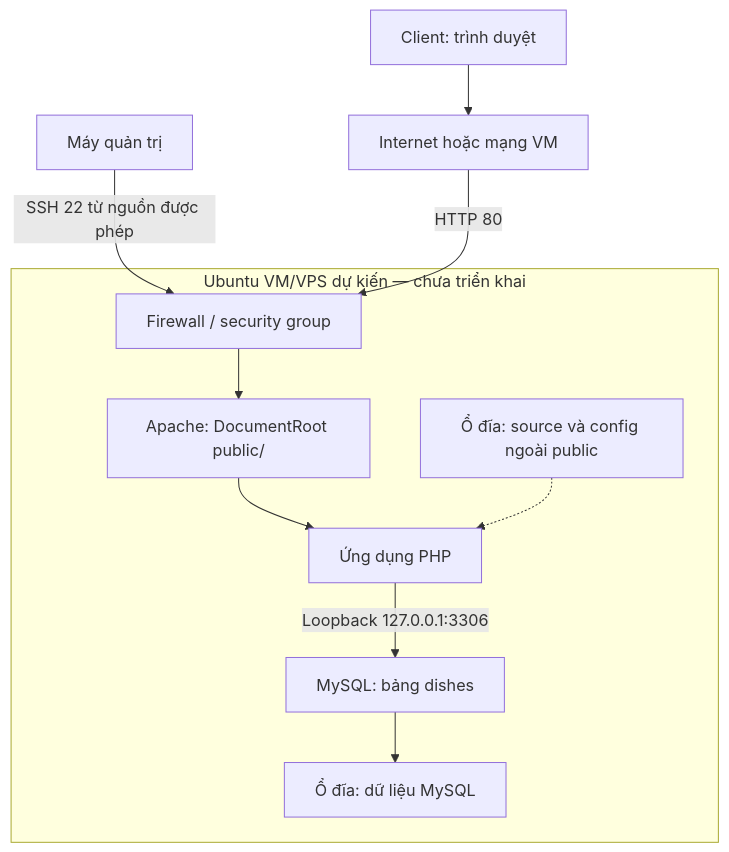
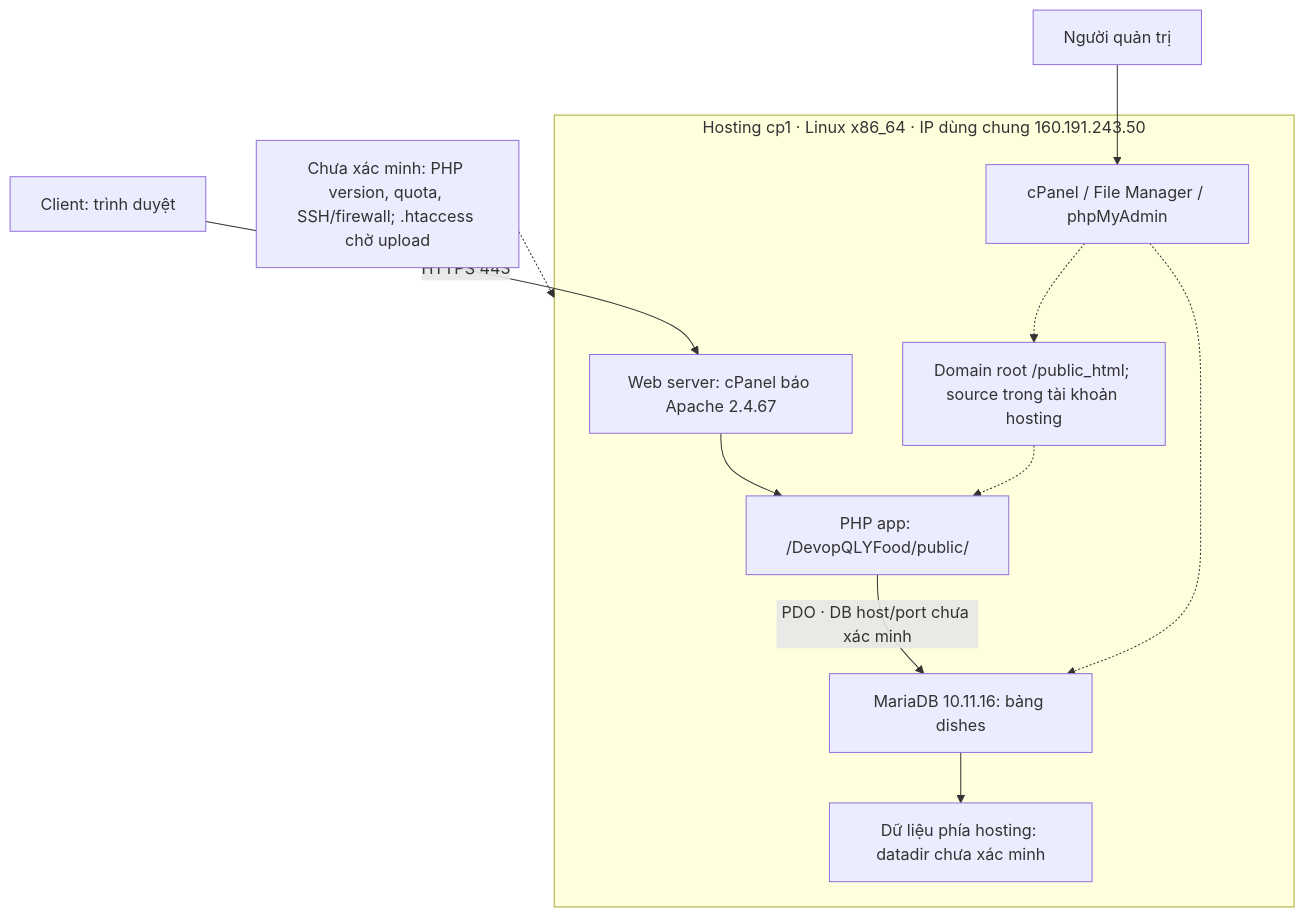
Before and after one commit to nathyu-le/DevopQLYFood: the diagram in docs/architecture.mmd, drawn with Mermaid. The commit also changed 13 other files, not shown here.

Commit message:
docs: align Week 1 architecture and progress with cPanel hosting [skip ci]

```diff
--- a/docs/architecture.mmd
+++ b/docs/architecture.mmd
@@ -1,11 +1,12 @@
 flowchart TB
-    client["Client: trình duyệt"] --> network["Internet hoặc mạng VM"]
-    admin["Máy quản trị"] -->|"SSH 22 từ nguồn được phép"| firewall
-    network -->|"HTTP 80"| firewall
-    subgraph server["Ubuntu VM/VPS dự kiến — chưa triển khai"]
-        firewall["Firewall / security group"] --> apache["Apache: DocumentRoot public/"]
-        apache --> php["Ứng dụng PHP"]
-        php -->|"Loopback 127.0.0.1:3306"| mysql["MySQL: bảng dishes"]
-        mysql --> data["Ổ đĩa: dữ liệu MySQL"]
-        source["Ổ đĩa: source và config ngoài public"] -.-> php
+    client["Client: trình duyệt"] -->|"HTTPS 443"| web
+    admin["Người quản trị"] --> panel["cPanel / File Manager / phpMyAdmin"]
+    subgraph hosting["Hosting cp1 · Linux x86_64 · IP dùng chung 160.191.243.50"]
+        web["Web server: cPanel báo Apache 2.4.67"] --> app["PHP app: /DevopQLYFood/public/"]
+        source["Domain root /public_html; source trong tài khoản hosting"] -.-> app
+        app -->|"PDO · DB host/port chưa xác minh"| db["MariaDB 10.11.16: bảng dishes"]
+        db --> storage["Dữ liệu phía hosting: datadir chưa xác minh"]
+        panel -.-> source
+        panel -.-> db
     end
+    pending["Chưa xác minh: PHP version, quota, SSH/firewall; .htaccess chờ upload"] -.-> hosting
```
